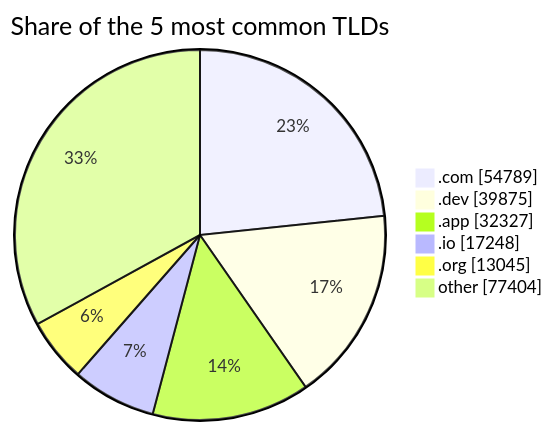
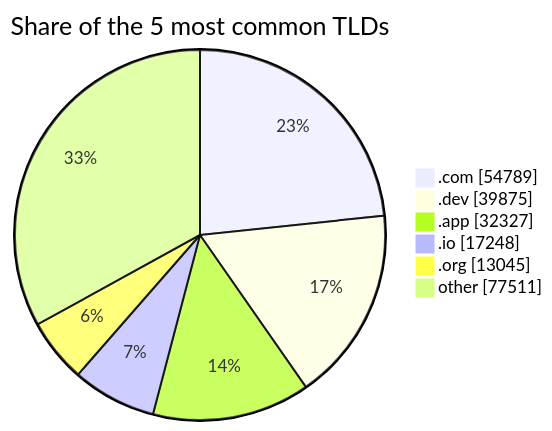
Before and after one commit to DNSBunker/CTI: the second of 2 diagrams in README.md, drawn with Mermaid. The commit also changed other lines of this file and 3 other files, not shown here.

````diff
--- a/README.md
+++ b/README.md
@@ -72,9 +72,9 @@
 ```mermaid
 pie showData title Share of the 5 most common TLDs
     ".com" : 54789
     ".dev" : 39875
     ".app" : 32327
     ".io" : 17248
     ".org" : 13045
-    "other" : 77404
+    "other" : 77511
 ```
````
